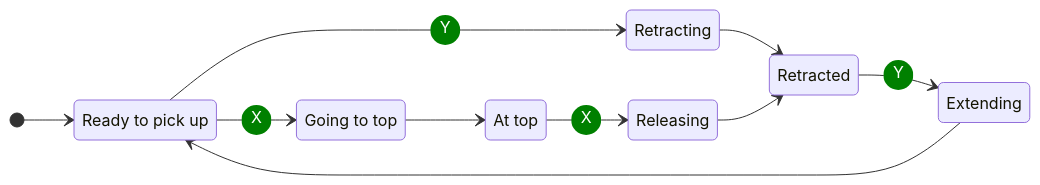
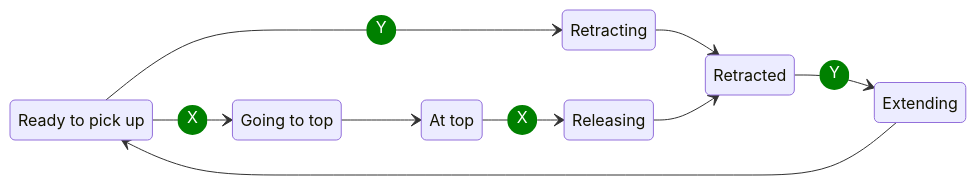
Before and after one commit to Huskyteers19516/IntoTheDeep: the first of 2 diagrams in TeamCode/src/main/java/org/firstinspires/ftc/teamcode/huskyteers/controls.md, drawn with Mermaid. The commit also changed 9 other files, not shown here.

````diff
--- a/TeamCode/src/main/java/org/firstinspires/ftc/teamcode/huskyteers/controls.md
+++ b/TeamCode/src/main/java/org/firstinspires/ftc/teamcode/huskyteers/controls.md
@@ -5,17 +5,16 @@
 ```mermaid
 stateDiagram-v2
     direction LR
     classDef edgeLabel color: white, width: 30px, height: 30px, border-radius: 100%, background-color: green
     Ready: Ready to pick up
     GoingToTop: Going to top
     Top: At top
-    [*] --> Ready
     Ready --> Retracting: Y
     Retracting --> Retracted
     Retracted --> Extending: Y
     Extending --> Ready
     Ready --> GoingToTop: X
     GoingToTop --> Top
     Top --> Releasing: X
     Releasing --> Retracted
 ```
````
